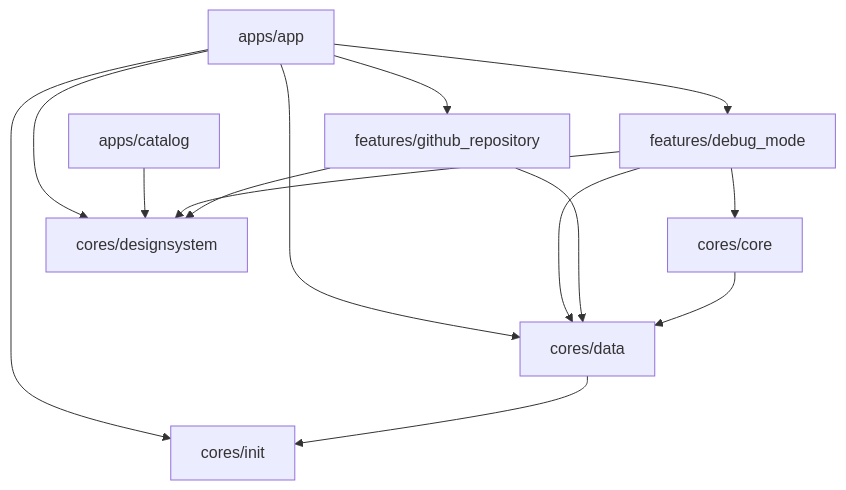
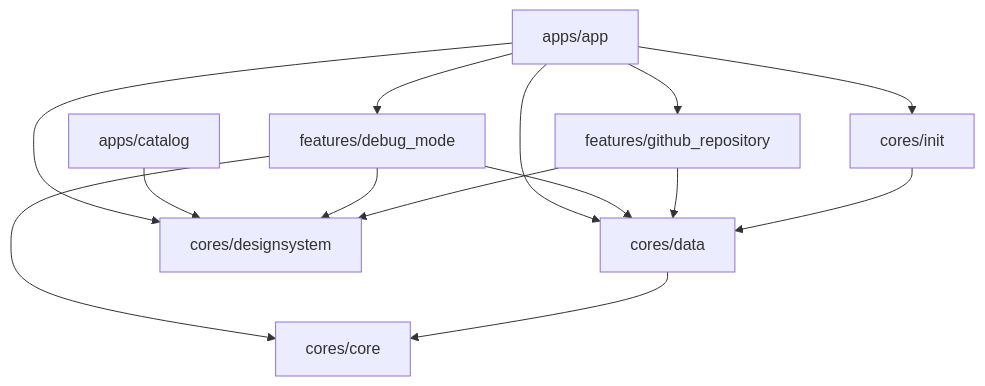
Before and after one commit to yumemi-inc/flutter-mobile-project-template: the diagram in docs/ARCHITECTURE.md, drawn with Mermaid.

Commit message:
docs: mermaid の依存関係で逆に記載していた箇所を修正

````diff
--- a/docs/ARCHITECTURE.md
+++ b/docs/ARCHITECTURE.md
@@ -23,18 +23,18 @@
 ```mermaid
 flowchart TB
     apps/app
     apps/catalog
     cores/core
     cores/data
     cores/designsystem
     cores/init
     features/debug_mode
     features/github_repository
 
     apps/app --> cores/data & cores/designsystem & cores/init & features/debug_mode & features/github_repository
     apps/catalog --> cores/designsystem
     features/debug_mode --> cores/core & cores/data & cores/designsystem
     features/github_repository --> cores/data & cores/designsystem
-    cores/core --> cores/data
-    cores/data --> cores/init
+    cores/data --> cores/core
+    cores/init --> cores/data
 ```
````
